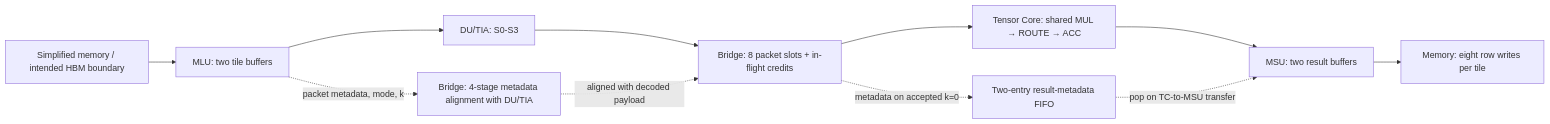
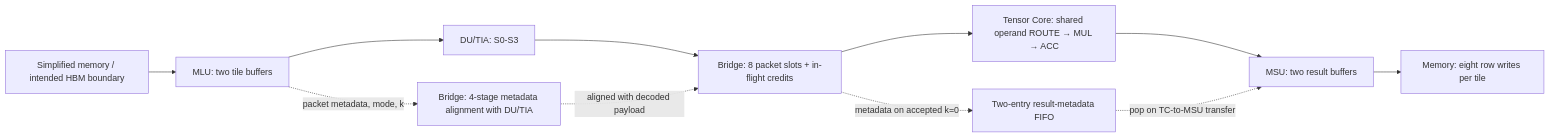
One commit to HHY-gigabtye/A-Multi-Mode-Tensor-Core-with-Shared-Multipliers-for-Dense-and-Sparse-Matrix-Multiplication changed the diagram in README.md. Above: the diagram before and after it, drawn with Mermaid. The commit also changed other lines of this file and 1185 other files, not shown here.

Commit message:
Promote operand-route TC and DU/TIA repair with PPA evidence

````diff
--- a/README.md
+++ b/README.md
@@ -103,13 +103,13 @@
 ```mermaid
 flowchart LR
     MEM["Simplified memory / intended HBM boundary"] --> MLU["MLU: two tile buffers"]
     MLU --> DU["DU/TIA: S0-S3"]
     DU --> FIFO["Bridge: 8 packet slots + in-flight credits"]
-    FIFO --> TC["Tensor Core: shared MUL → ROUTE → ACC"]
+    FIFO --> TC["Tensor Core: shared operand ROUTE → MUL → ACC"]
     TC --> MSU["MSU: two result buffers"]
     MSU --> OUT["Memory: eight row writes per tile"]
     MLU -. "packet metadata, mode, k" .-> TAG["Bridge: 4-stage metadata alignment with DU/TIA"]
     TAG -. "aligned with decoded payload" .-> FIFO
     FIFO -. "metadata on accepted k=0" .-> META["Two-entry result-metadata FIFO"]
     META -. "pop on TC-to-MSU transfer" .-> MSU
 ```
````
